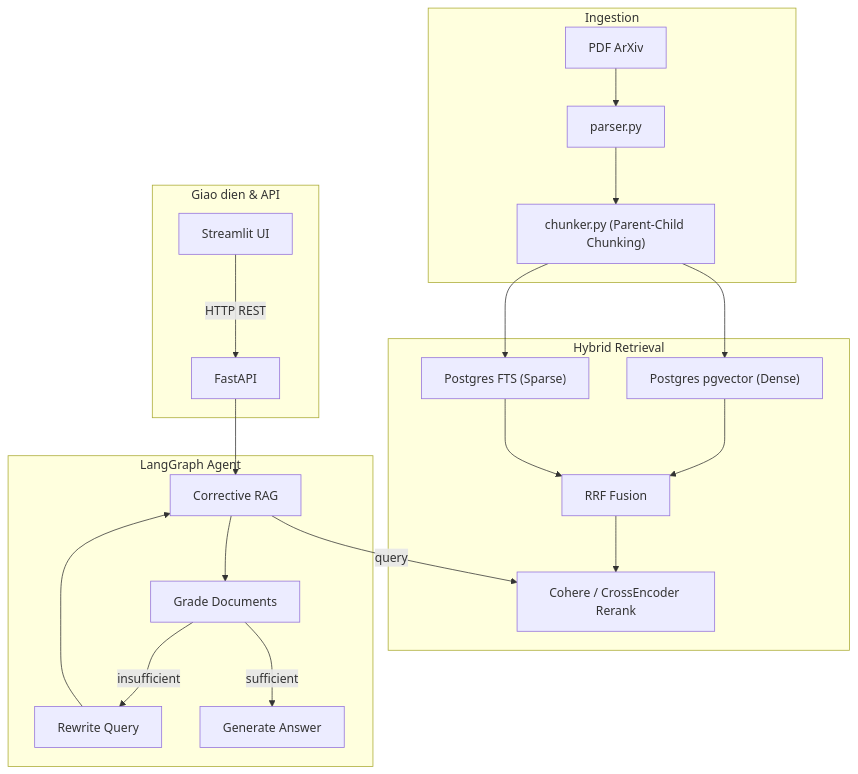
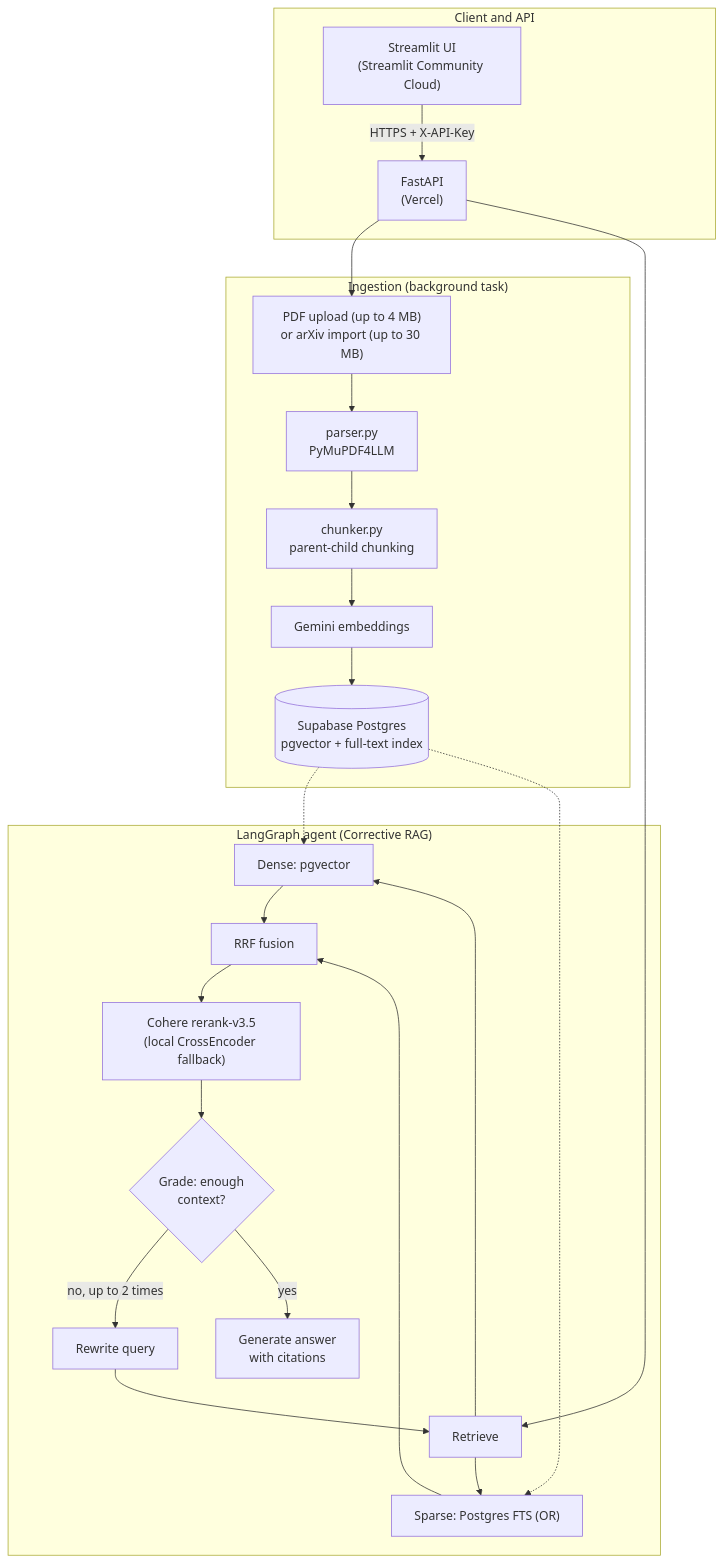
The diagram in README.md (KhoaYakult/arxiv-agentic-rag), drawn with Mermaid before and after one commit. The commit also changed other lines of this file and 1 other file, not shown here.

First line of the commit message:
Docs: README with deploy setup and retrieval eval results; refresh ui/README

````diff
--- a/README.md
+++ b/README.md
@@ -5,27 +5,29 @@
 ```mermaid
 flowchart TD
-    subgraph UI_API ["Giao dien & API"]
-        ST["Streamlit UI"] -->|HTTP REST| API["FastAPI"]
+    subgraph CLIENT ["Client and API"]
+        ST["Streamlit UI<br/>(Streamlit Community Cloud)"] -->|"HTTPS + X-API-Key"| API["FastAPI<br/>(Vercel)"]
     end
 
-    subgraph INGESTION ["Ingestion"]
-        PDF["PDF ArXiv"] --> PARSER["parser.py"]
-        PARSER --> CHUNKER["chunker.py (Parent-Child Chunking)"]
+    subgraph INGESTION ["Ingestion (background task)"]
+        PDF["PDF upload (up to 4 MB)<br/>or arXiv import (up to 30 MB)"] --> PARSER["parser.py<br/>PyMuPDF4LLM"]
+        PARSER --> CHUNKER["chunker.py<br/>parent-child chunking"]
+        CHUNKER --> EMB["Gemini embeddings"]
+        EMB --> DB[("Supabase Postgres<br/>pgvector + full-text index")]
     end
 
-    subgraph RETRIEVAL ["Hybrid Retrieval"]
-        CHUNKER --> VDB["Postgres pgvector (Dense)"]
-        CHUNKER --> FTS["Postgres FTS (Sparse)"]
-        VDB & FTS --> HYBRID["RRF Fusion"]
-        HYBRID --> RERANK["Cohere / CrossEncoder Rerank"]
+    subgraph AGENT ["LangGraph agent (Corrective RAG)"]
+        RETRIEVE["Retrieve"] --> DENSE["Dense: pgvector"]
+        RETRIEVE --> SPARSE["Sparse: Postgres FTS (OR)"]
+        DENSE & SPARSE --> RRF["RRF fusion"]
+        RRF --> RERANK["Cohere rerank-v3.5<br/>(local CrossEncoder fallback)"]
+        RERANK --> GRADE{"Grade: enough<br/>context?"}
+        GRADE -->|"no, up to 2 times"| REWRITE["Rewrite query"]
+        REWRITE --> RETRIEVE
+        GRADE -->|"yes"| GEN["Generate answer<br/>with citations"]
     end
 
-    subgraph AGENT ["LangGraph Agent"]
-        API --> GRAPH["Corrective RAG"]
-        GRAPH -->|query| RERANK
-        GRAPH --> GRADE["Grade Documents"]
-        GRADE -->|insufficient| REWRITE["Rewrite Query"]
-        REWRITE --> GRAPH
-        GRADE -->|sufficient| GEN["Generate Answer"]
-    end
+    API --> PDF
+    API --> RETRIEVE
+    DB -.-> DENSE
+    DB -.-> SPARSE
 ```
````
